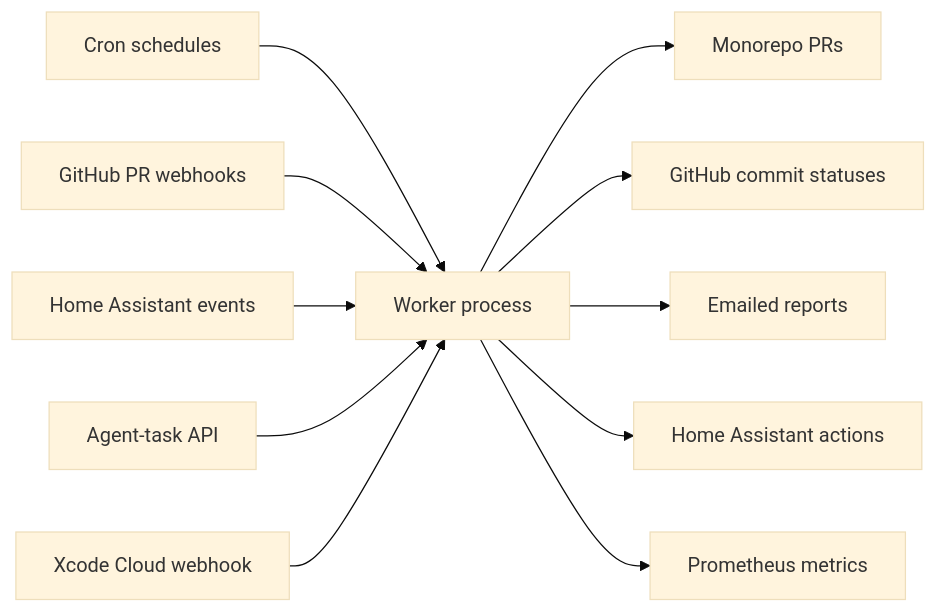
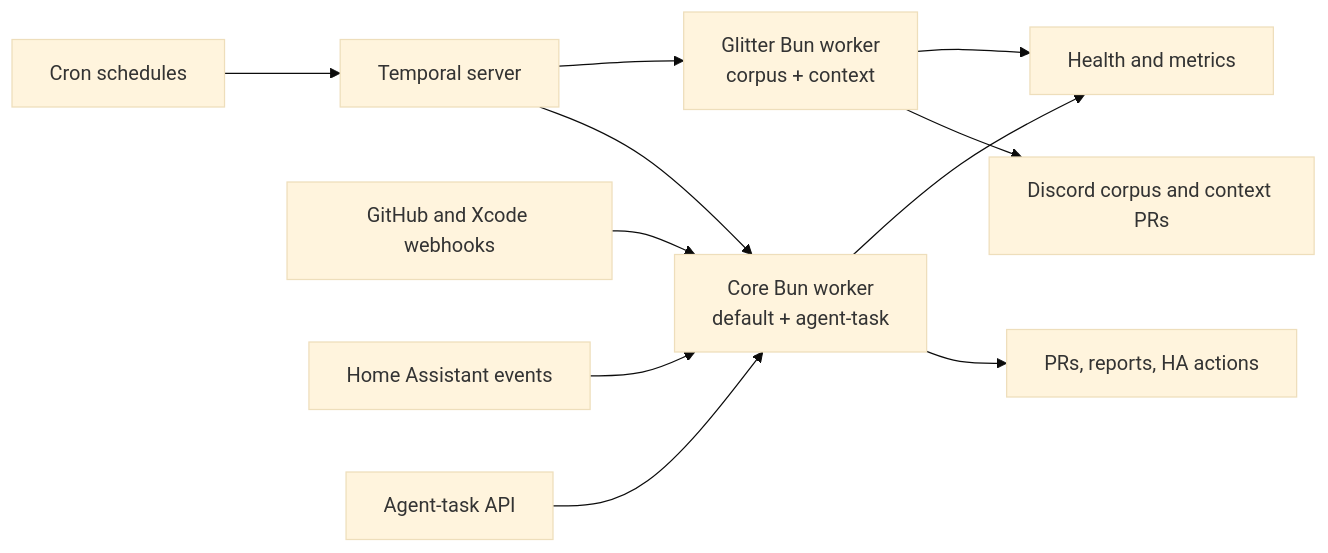
Before and after one commit to shepherdjerred/monorepo: the diagram in packages/docs/wiki/src/content/docs/temporal/index.md, drawn with Mermaid (base theme). The commit also changed other lines of this file and 2 other files, not shown here.

Commit message:
docs(temporal): explain worker isolation

````diff
--- a/packages/docs/wiki/src/content/docs/temporal/index.md
+++ b/packages/docs/wiki/src/content/docs/temporal/index.md
@@ -11,16 +11,16 @@
 ```mermaid
 flowchart LR
   accTitle: Temporal worker system map
-  accDescr: Cron schedules, GitHub webhooks, Home Assistant events, the agent-task API, and the Xcode Cloud webhook all feed one worker process, which produces monorepo PRs, GitHub commit statuses, emailed reports, Home Assistant service calls, and Prometheus metrics.
+  accDescr: The Temporal server dispatches general and agent work to the core Bun worker and Glitter corpus and context work to a separate Bun worker. Webhooks, APIs, and Home Assistant events enter through the core worker. Both workers expose independent health and metrics endpoints.
 
-  S[Cron schedules] --> W[Worker process]
-  G[GitHub PR webhooks] --> W
-  H[Home Assistant events] --> W
-  A[Agent-task API] --> W
-  X[Xcode Cloud webhook] --> W
-  W --> P[Monorepo PRs]
-  W --> C[GitHub commit statuses]
-  W --> E[Emailed reports]
-  W --> HA[Home Assistant actions]
-  W --> M[Prometheus metrics]
+  S[Cron schedules] --> T[Temporal server]
+  T --> C[Core Bun worker<br/>default + agent-task]
+  T --> G[Glitter Bun worker<br/>corpus + context]
+  W[GitHub and Xcode webhooks] --> C
+  H[Home Assistant events] --> C
+  A[Agent-task API] --> C
+  C --> O[PRs, reports, HA actions]
+  G --> D[Discord corpus and context PRs]
+  C --> M[Health and metrics]
+  G --> M
 ```
````
